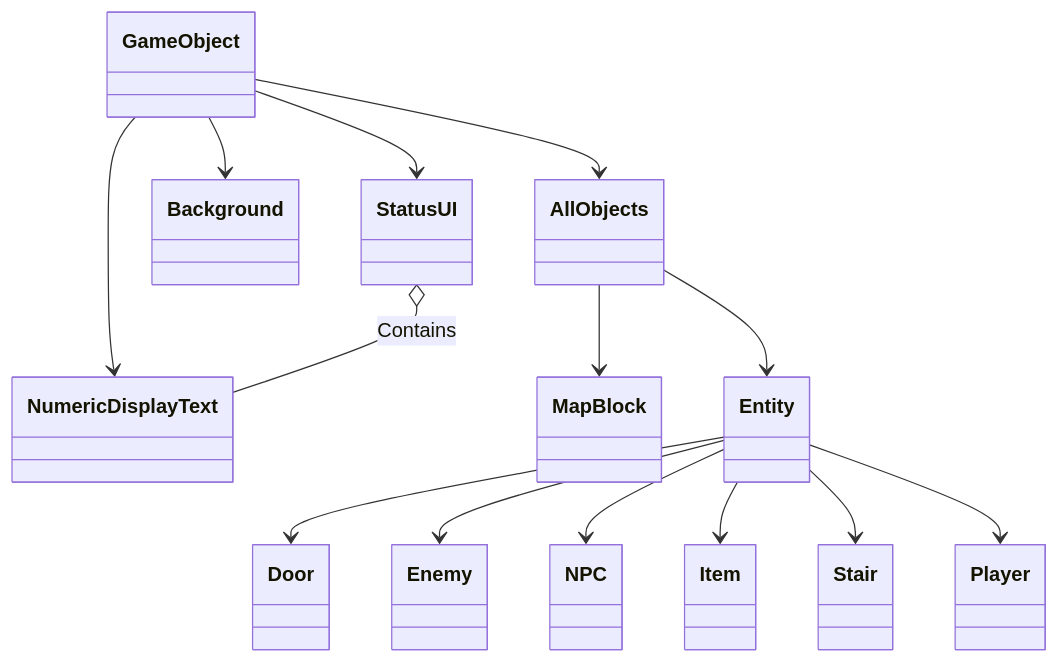
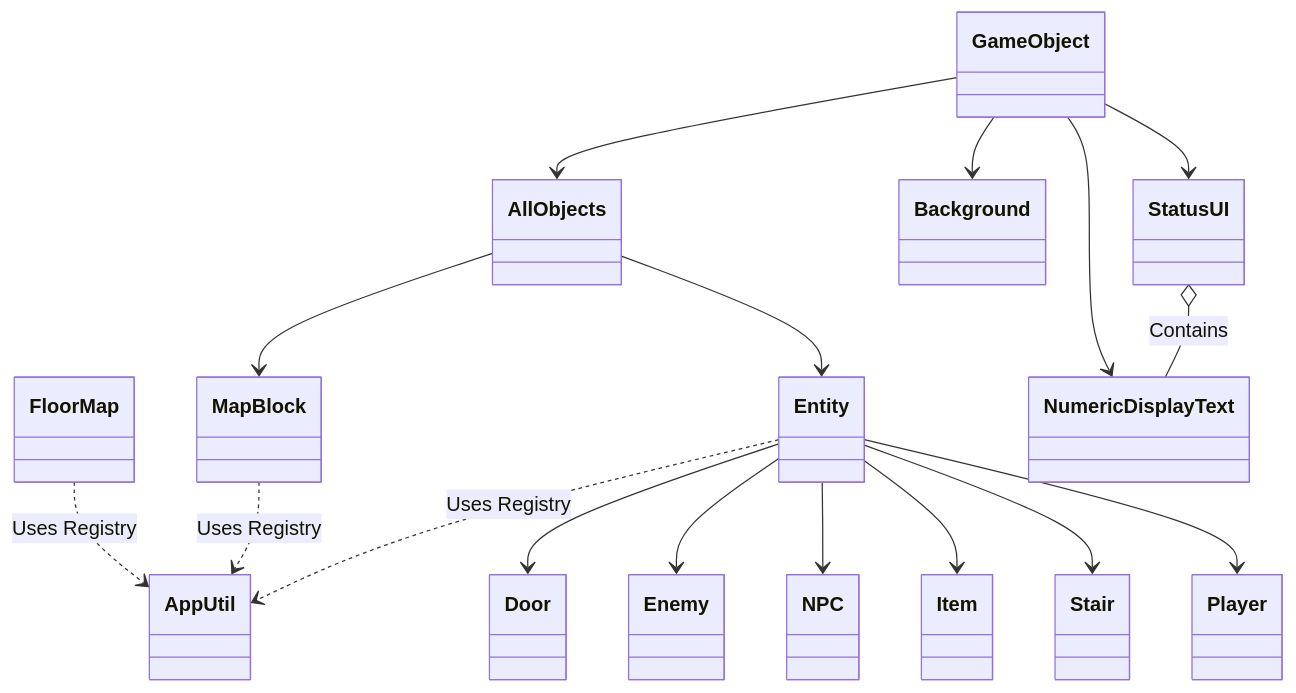
The diagram in Constructure.md (XWJWPIY/schoolwork_recreate_magic_tower), drawn with Mermaid before and after one commit. The commit also changed other lines of this file and 9 other files, not shown here.

````diff
--- a/Constructure.md
+++ b/Constructure.md
@@ -3,21 +3,23 @@
 ```mermaid
 classDiagram
-    FloorMap
+    FloorMap ..> AppUtil : Uses Registry
+    MapBlock ..> AppUtil : Uses Registry
+    Entity ..> AppUtil : Uses Registry
 
     GameObject --> AllObjects
     GameObject --> Background
     GameObject --> NumericDisplayText
     GameObject --> StatusUI
     
     AllObjects --> MapBlock
     AllObjects --> Entity
     
     Entity --> Door
     Entity --> Enemy
     Entity --> NPC
     Entity --> Item
     Entity --> Stair
     Entity --> Player
     
     StatusUI o-- NumericDisplayText : Contains
 ```
````
